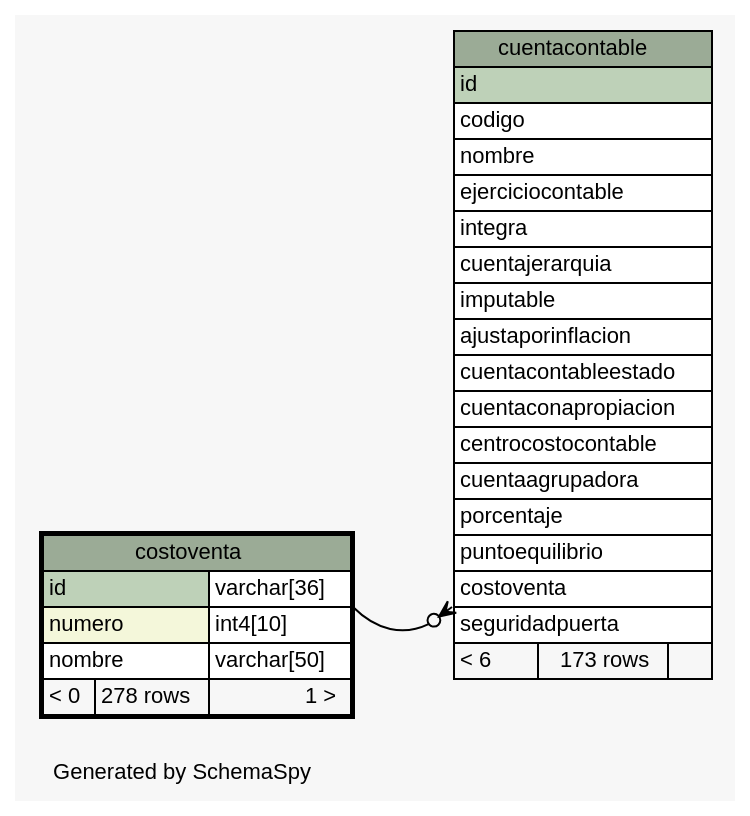
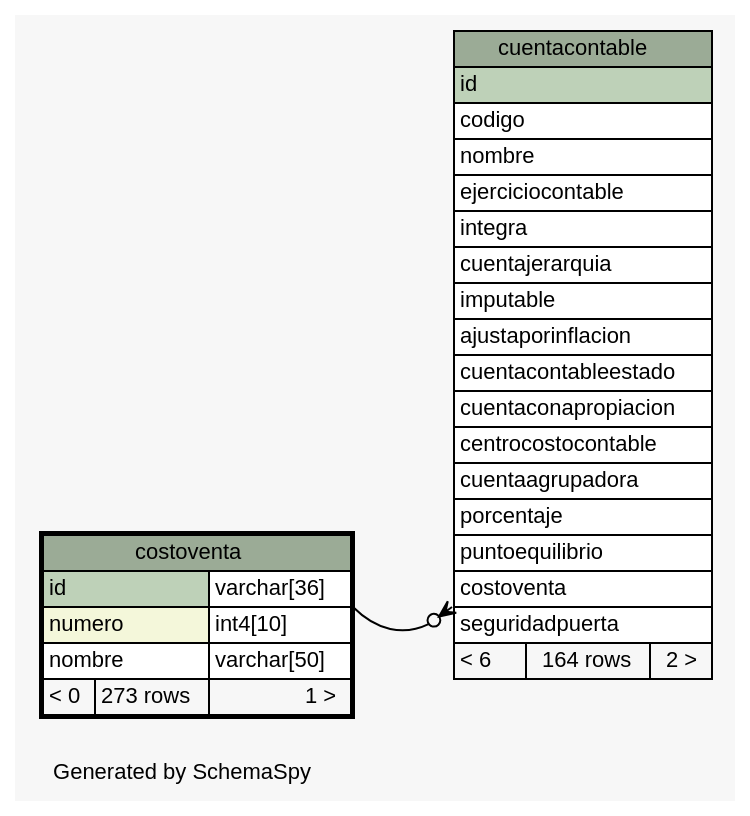
The diagram in postgresql/schemaSpy/salida/diagrams/costoventa.1degree.dot (diegopablomansilla/massoftware_front), drawn with Graphviz before and after one commit. The commit also changed 298 other files, not shown here.

```diff
--- a/postgresql/schemaSpy/salida/diagrams/costoventa.1degree.dot
+++ b/postgresql/schemaSpy/salida/diagrams/costoventa.1degree.dot
@@ -1,60 +1,60 @@
 // dot 2.2.1 on Windows 10 10.0
 // SchemaSpy rev 590
 digraph "oneDegreeRelationshipsDiagram" {
   graph [
     rankdir="RL"
     bgcolor="#f7f7f7"
     label="\nGenerated by SchemaSpy"
     labeljust="l"
     nodesep="0.18"
     ranksep="0.46"
     fontname="Helvetica"
     fontsize="11"
   ];
   node [
     fontname="Helvetica"
     fontsize="11"
     shape="plaintext"
   ];
   edge [
     arrowsize="0.8"
   ];
   "cuentacontable":"costoventa":sw -> "costoventa":"id.type":se [arrowhead=none dir=back arrowtail=crowodot];
   "costoventa" [
     label=<
     <TABLE BORDER="2" CELLBORDER="1" CELLSPACING="0" BGCOLOR="#ffffff">
       <TR><TD COLSPAN="3" BGCOLOR="#9bab96" ALIGN="CENTER">costoventa</TD></TR>
       <TR><TD PORT="id" COLSPAN="2" BGCOLOR="#bed1b8" ALIGN="LEFT">id</TD><TD PORT="id.type" ALIGN="LEFT">varchar[36]</TD></TR>
       <TR><TD PORT="numero" COLSPAN="2" BGCOLOR="#f4f7da" ALIGN="LEFT">numero</TD><TD PORT="numero.type" ALIGN="LEFT">int4[10]</TD></TR>
       <TR><TD PORT="nombre" COLSPAN="2" ALIGN="LEFT">nombre</TD><TD PORT="nombre.type" ALIGN="LEFT">varchar[50]</TD></TR>
-      <TR><TD ALIGN="LEFT" BGCOLOR="#f7f7f7">&lt; 0</TD><TD ALIGN="RIGHT" BGCOLOR="#f7f7f7">278 rows</TD><TD ALIGN="RIGHT" BGCOLOR="#f7f7f7">1 &gt;</TD></TR>
+      <TR><TD ALIGN="LEFT" BGCOLOR="#f7f7f7">&lt; 0</TD><TD ALIGN="RIGHT" BGCOLOR="#f7f7f7">273 rows</TD><TD ALIGN="RIGHT" BGCOLOR="#f7f7f7">1 &gt;</TD></TR>
     </TABLE>>
     URL="costoventa.html"
     tooltip="costoventa"
   ];
   "cuentacontable" [
     label=<
     <TABLE BORDER="0" CELLBORDER="1" CELLSPACING="0" BGCOLOR="#ffffff">
       <TR><TD COLSPAN="3" BGCOLOR="#9bab96" ALIGN="CENTER">cuentacontable</TD></TR>
       <TR><TD PORT="id" COLSPAN="3" BGCOLOR="#bed1b8" ALIGN="LEFT">id</TD></TR>
       <TR><TD PORT="codigo" COLSPAN="3" ALIGN="LEFT">codigo</TD></TR>
       <TR><TD PORT="nombre" COLSPAN="3" ALIGN="LEFT">nombre</TD></TR>
       <TR><TD PORT="ejerciciocontable" COLSPAN="3" ALIGN="LEFT">ejerciciocontable</TD></TR>
       <TR><TD PORT="integra" COLSPAN="3" ALIGN="LEFT">integra</TD></TR>
       <TR><TD PORT="cuentajerarquia" COLSPAN="3" ALIGN="LEFT">cuentajerarquia</TD></TR>
       <TR><TD PORT="imputable" COLSPAN="3" ALIGN="LEFT">imputable</TD></TR>
       <TR><TD PORT="ajustaporinflacion" COLSPAN="3" ALIGN="LEFT">ajustaporinflacion</TD></TR>
       <TR><TD PORT="cuentacontableestado" COLSPAN="3" ALIGN="LEFT">cuentacontableestado</TD></TR>
       <TR><TD PORT="cuentaconapropiacion" COLSPAN="3" ALIGN="LEFT">cuentaconapropiacion</TD></TR>
       <TR><TD PORT="centrocostocontable" COLSPAN="3" ALIGN="LEFT">centrocostocontable</TD></TR>
       <TR><TD PORT="cuentaagrupadora" COLSPAN="3" ALIGN="LEFT">cuentaagrupadora</TD></TR>
       <TR><TD PORT="porcentaje" COLSPAN="3" ALIGN="LEFT">porcentaje</TD></TR>
       <TR><TD PORT="puntoequilibrio" COLSPAN="3" ALIGN="LEFT">puntoequilibrio</TD></TR>
       <TR><TD PORT="costoventa" COLSPAN="3" ALIGN="LEFT">costoventa</TD></TR>
       <TR><TD PORT="seguridadpuerta" COLSPAN="3" ALIGN="LEFT">seguridadpuerta</TD></TR>
-      <TR><TD ALIGN="LEFT" BGCOLOR="#f7f7f7">&lt; 6</TD><TD ALIGN="RIGHT" BGCOLOR="#f7f7f7">173 rows</TD><TD ALIGN="RIGHT" BGCOLOR="#f7f7f7">  </TD></TR>
+      <TR><TD ALIGN="LEFT" BGCOLOR="#f7f7f7">&lt; 6</TD><TD ALIGN="RIGHT" BGCOLOR="#f7f7f7">164 rows</TD><TD ALIGN="RIGHT" BGCOLOR="#f7f7f7">2 &gt;</TD></TR>
     </TABLE>>
     URL="cuentacontable.html"
     tooltip="cuentacontable"
   ];
 }
```
